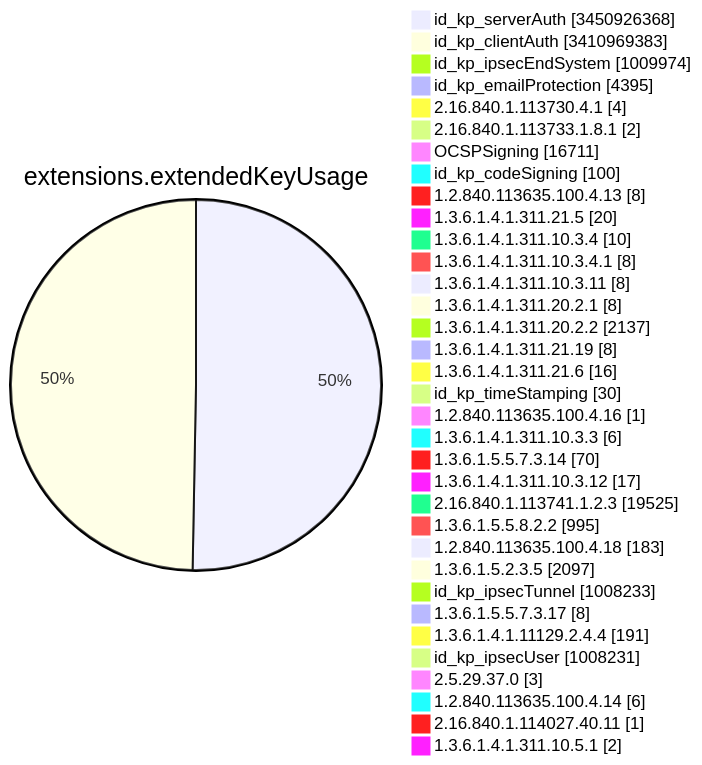
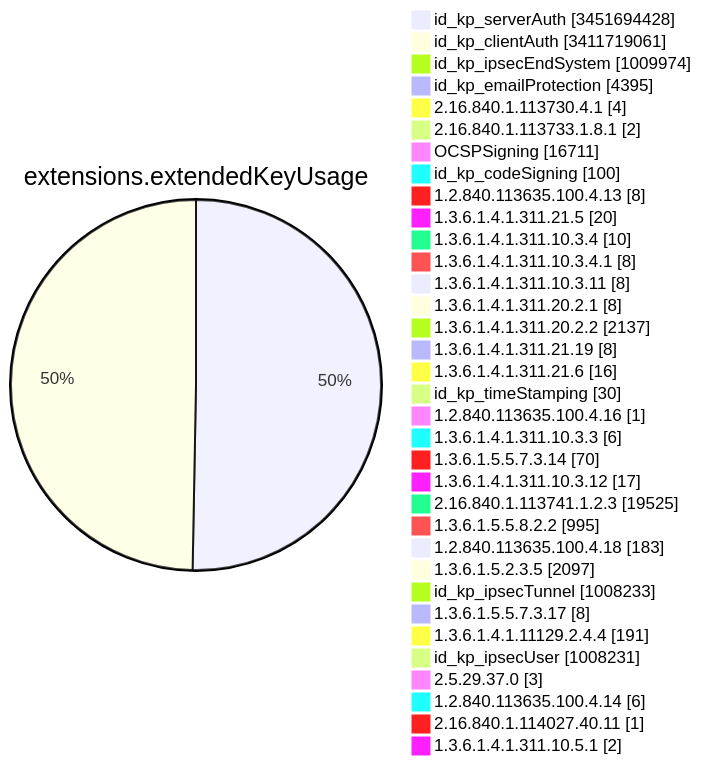
One commit to christiankrug/ctmonitor_visualization changed diagram 11 of 15 in TOTAL/README.md. Above: the diagram before and after it, drawn with Mermaid. The commit also changed other lines of this file, not shown here.

````diff
--- a/TOTAL/README.md
+++ b/TOTAL/README.md
@@ -4123,38 +4123,38 @@
 ```mermaid
 pie showData
 title extensions.extendedKeyUsage
-"id_kp_serverAuth" :3450926368
-"id_kp_clientAuth" :3410969383
+"id_kp_serverAuth" :3451694428
+"id_kp_clientAuth" :3411719061
 "id_kp_ipsecEndSystem" :1009974
 "id_kp_emailProtection" :4395
 "2.16.840.1.113730.4.1" :4
 "2.16.840.1.113733.1.8.1" :2
 "OCSPSigning" :16711
 "id_kp_codeSigning" :100
 "1.2.840.113635.100.4.13" :8
 "1.3.6.1.4.1.311.21.5" :20
 "1.3.6.1.4.1.311.10.3.4" :10
 "1.3.6.1.4.1.311.10.3.4.1" :8
 "1.3.6.1.4.1.311.10.3.11" :8
 "1.3.6.1.4.1.311.20.2.1" :8
 "1.3.6.1.4.1.311.20.2.2" :2137
 "1.3.6.1.4.1.311.21.19" :8
 "1.3.6.1.4.1.311.21.6" :16
 "id_kp_timeStamping" :30
 "1.2.840.113635.100.4.16" :1
 "1.3.6.1.4.1.311.10.3.3" :6
 "1.3.6.1.5.5.7.3.14" :70
 "1.3.6.1.4.1.311.10.3.12" :17
 "2.16.840.1.113741.1.2.3" :19525
 "1.3.6.1.5.5.8.2.2" :995
 "1.2.840.113635.100.4.18" :183
 "1.3.6.1.5.2.3.5" :2097
 "id_kp_ipsecTunnel" :1008233
 "1.3.6.1.5.5.7.3.17" :8
 "1.3.6.1.4.1.11129.2.4.4" :191
 "id_kp_ipsecUser" :1008231
 "2.5.29.37.0" :3
 "1.2.840.113635.100.4.14" :6
 "2.16.840.1.114027.40.11" :1
 "1.3.6.1.4.1.311.10.5.1" :2
 ```
````
